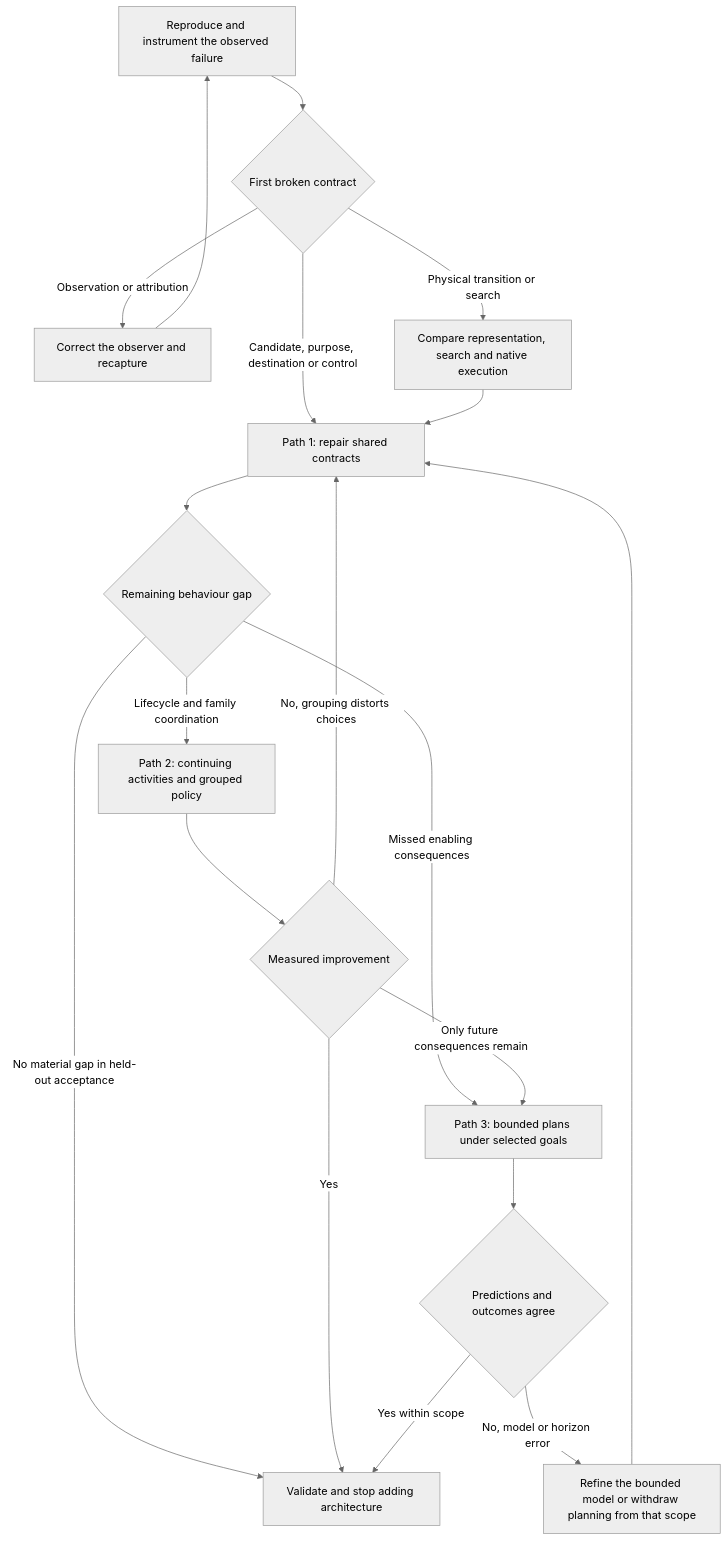
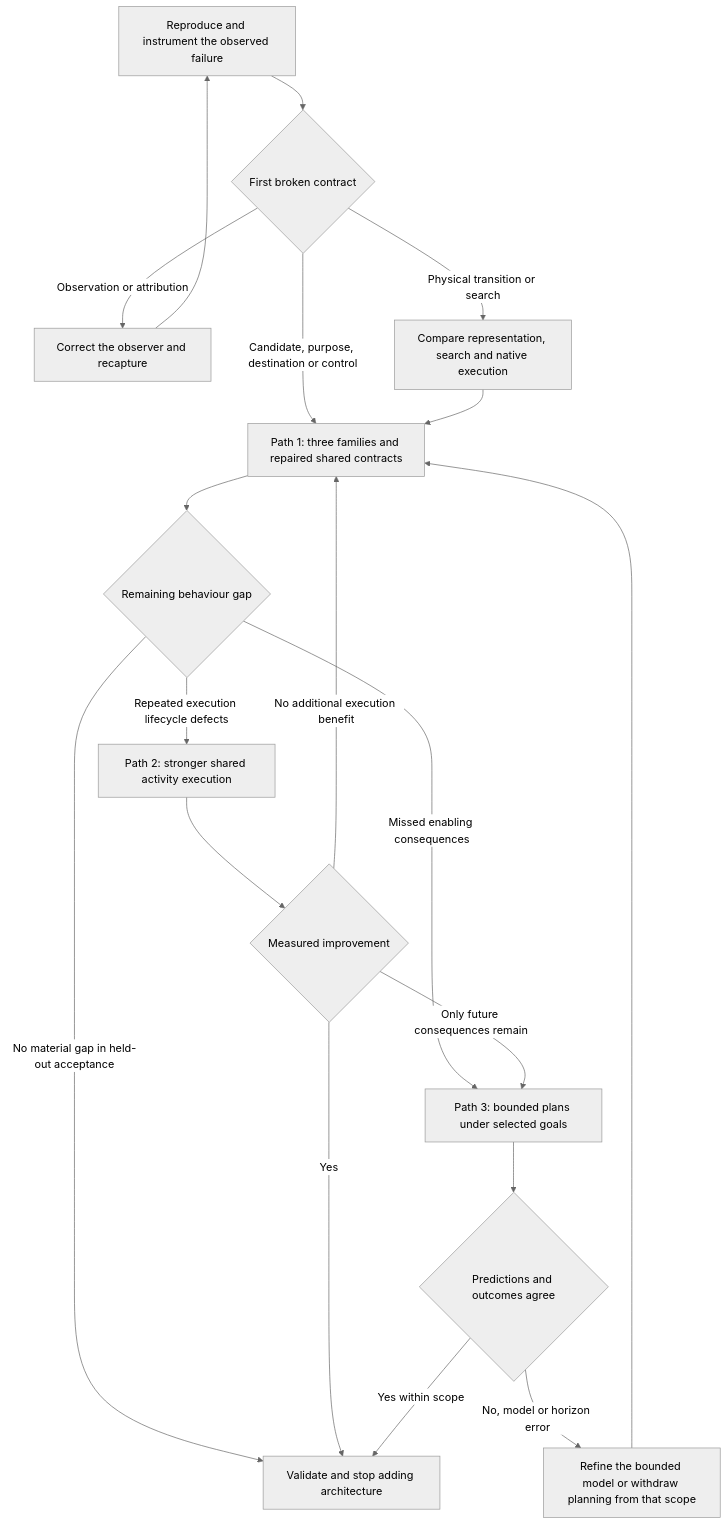
One commit to Capataina/AICompanion changed the diagram in research/proposal/CLAUDE.md. Above: the diagram before and after it, drawn with Mermaid (neutral theme). The commit also changed other lines of this file and 9 other files, not shown here.

````diff
--- a/research/proposal/CLAUDE.md
+++ b/research/proposal/CLAUDE.md
@@ -42,21 +42,21 @@
 ```mermaid
 flowchart TD
     A[Reproduce and instrument the observed failure] --> B{First broken contract}
     B -->|Observation or attribution| O[Correct the observer and recapture]
     O --> A
-    B -->|Candidate, purpose, destination or control| P1[Path 1: repair shared contracts]
+    B -->|Candidate, purpose, destination or control| P1[Path 1: three families and repaired shared contracts]
     B -->|Physical transition or search| N[Compare representation, search and native execution]
     N --> P1
     P1 --> C{Remaining behaviour gap}
     C -->|No material gap in held-out acceptance| V[Validate and stop adding architecture]
-    C -->|Lifecycle and family coordination| P2[Path 2: continuing activities and grouped policy]
+    C -->|Repeated execution lifecycle defects| P2[Path 2: stronger shared activity execution]
     C -->|Missed enabling consequences| P3[Path 3: bounded plans under selected goals]
     P2 --> D{Measured improvement}
     D -->|Yes| V
-    D -->|No, grouping distorts choices| P1
+    D -->|No additional execution benefit| P1
     D -->|Only future consequences remain| P3
     P3 --> E{Predictions and outcomes agree}
     E -->|Yes within scope| V
     E -->|No, model or horizon error| R[Refine the bounded model or withdraw planning from that scope]
     R --> P1
 ```
````
